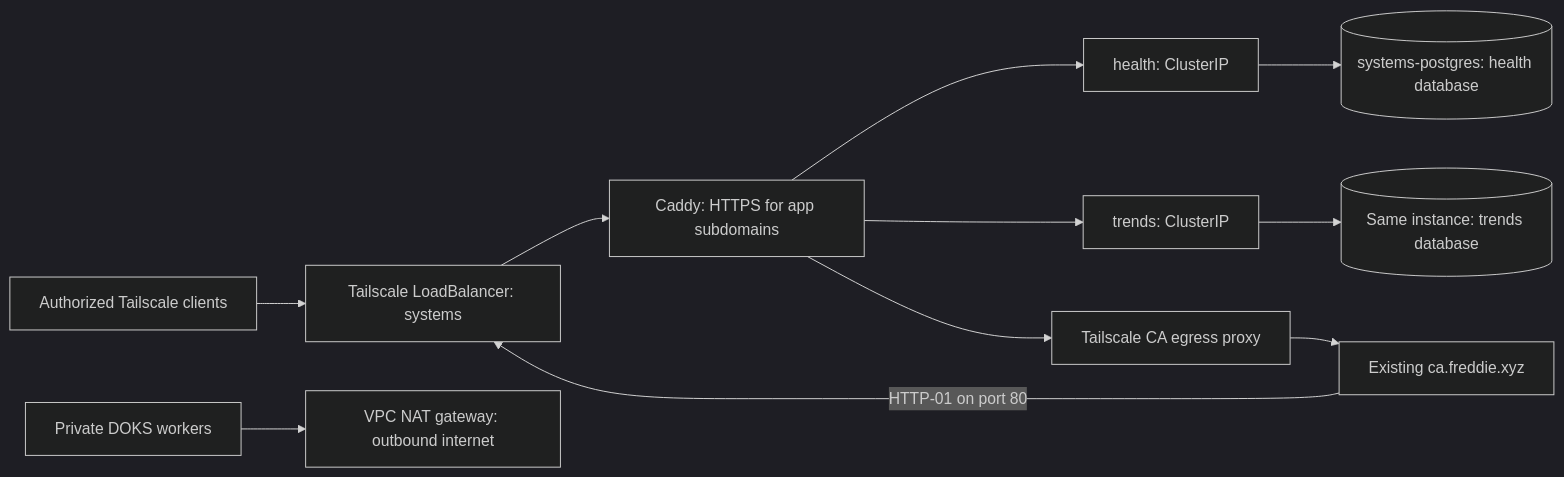
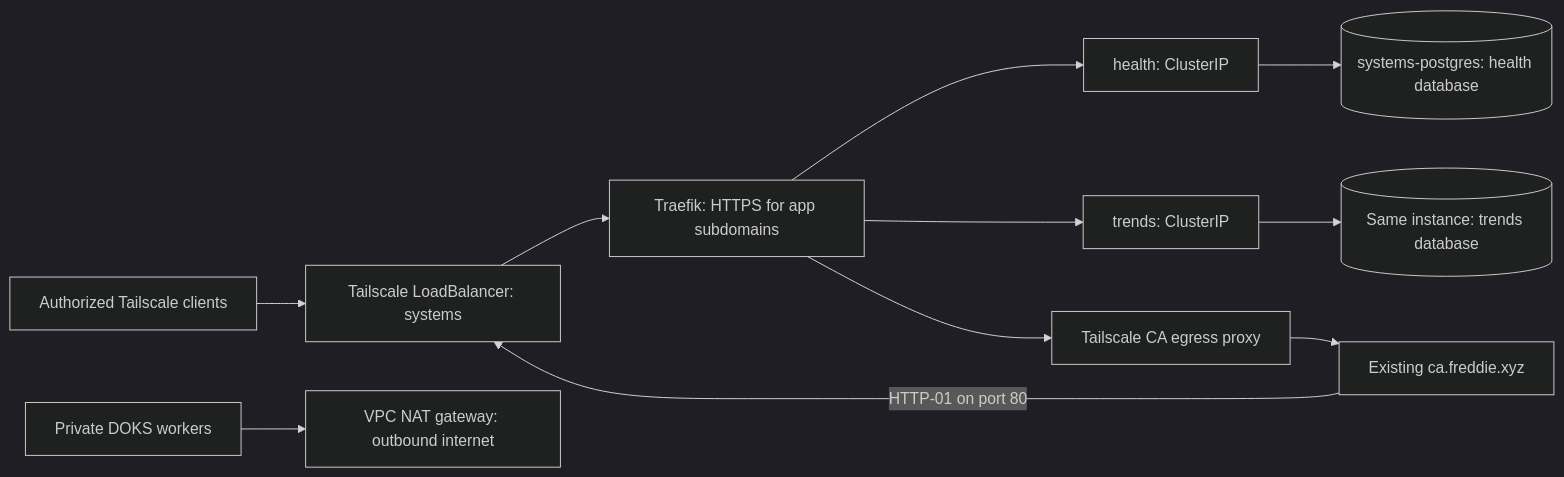
The diagram in README.md (freddierice/systems-deployment), drawn with Mermaid (dark theme) before and after one commit. The commit also changed other lines of this file and 7 other files, not shown here.

Commit message:
Replace the systems Caddy gateway with Traefik

````diff
--- a/README.md
+++ b/README.md
@@ -7,13 +7,13 @@
 ```mermaid
 flowchart LR
     U[Authorized Tailscale clients] --> L[Tailscale LoadBalancer: systems]
-    L --> C[Caddy: HTTPS for app subdomains]
+    L --> C[Traefik: HTTPS for app subdomains]
     C --> H[health: ClusterIP]
     C --> T[trends: ClusterIP]
     H --> P[(systems-postgres: health database)]
     T --> P2[(Same instance: trends database)]
     C --> E[Tailscale CA egress proxy]
     E --> CA[Existing ca.freddie.xyz]
     CA -->|HTTP-01 on port 80| L
     N[Private DOKS workers] --> NAT[VPC NAT gateway: outbound internet]
 ```
````
